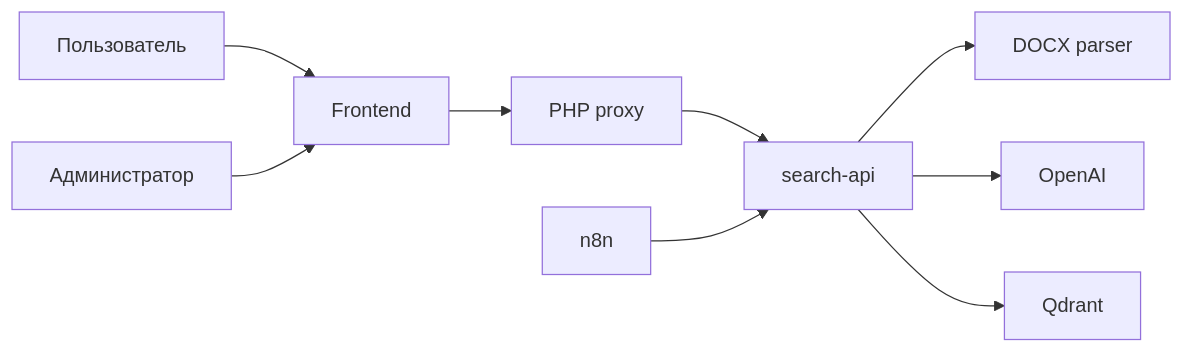
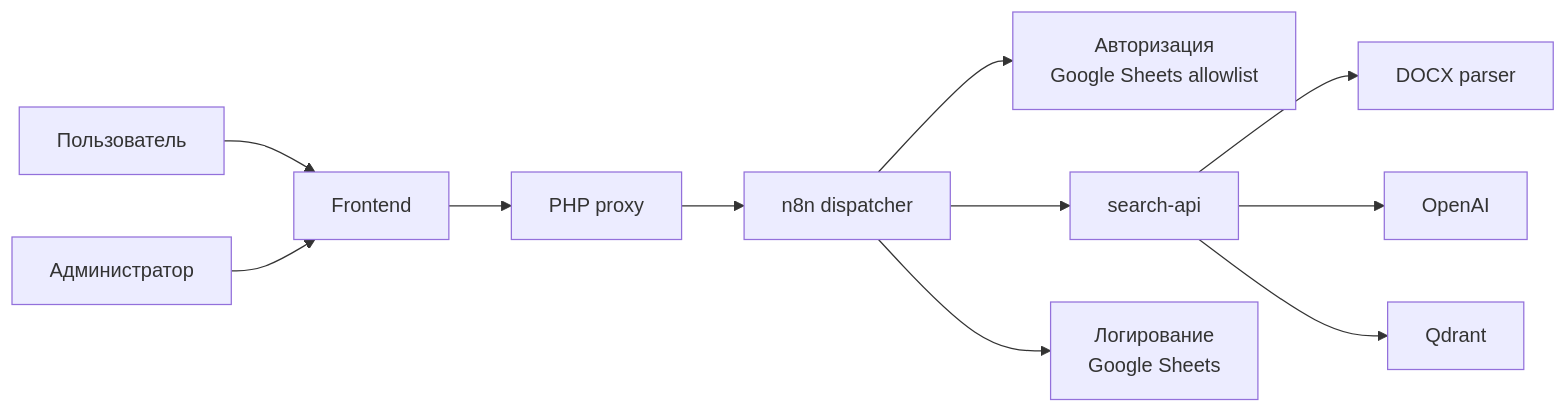
Before and after one commit to mmvolkov/regulation_search_codex_chatgpt54: the diagram in docs/PROJECT_ONE_PAGER.md, drawn with Mermaid. The commit also changed other lines of this file and 3 other files, not shown here.

First line of the commit message:
Update project docs to reflect current architecture and features

````diff
--- a/docs/PROJECT_ONE_PAGER.md
+++ b/docs/PROJECT_ONE_PAGER.md
@@ -60,11 +70,13 @@
 ```mermaid
 flowchart LR
     U["Пользователь"] --> FE["Frontend"]
     A["Администратор"] --> FE
     FE --> PX["PHP proxy"]
-    PX --> API["search-api"]
+    PX --> DISP["n8n dispatcher"]
+    DISP --> AUTH["Авторизация<br/>Google Sheets allowlist"]
+    DISP --> API["search-api"]
+    DISP --> LOG["Логирование<br/>Google Sheets"]
     API --> PARSER["DOCX parser"]
     API --> OAI["OpenAI"]
     API --> Q["Qdrant"]
-    N["n8n"] --> API
 ```
````
